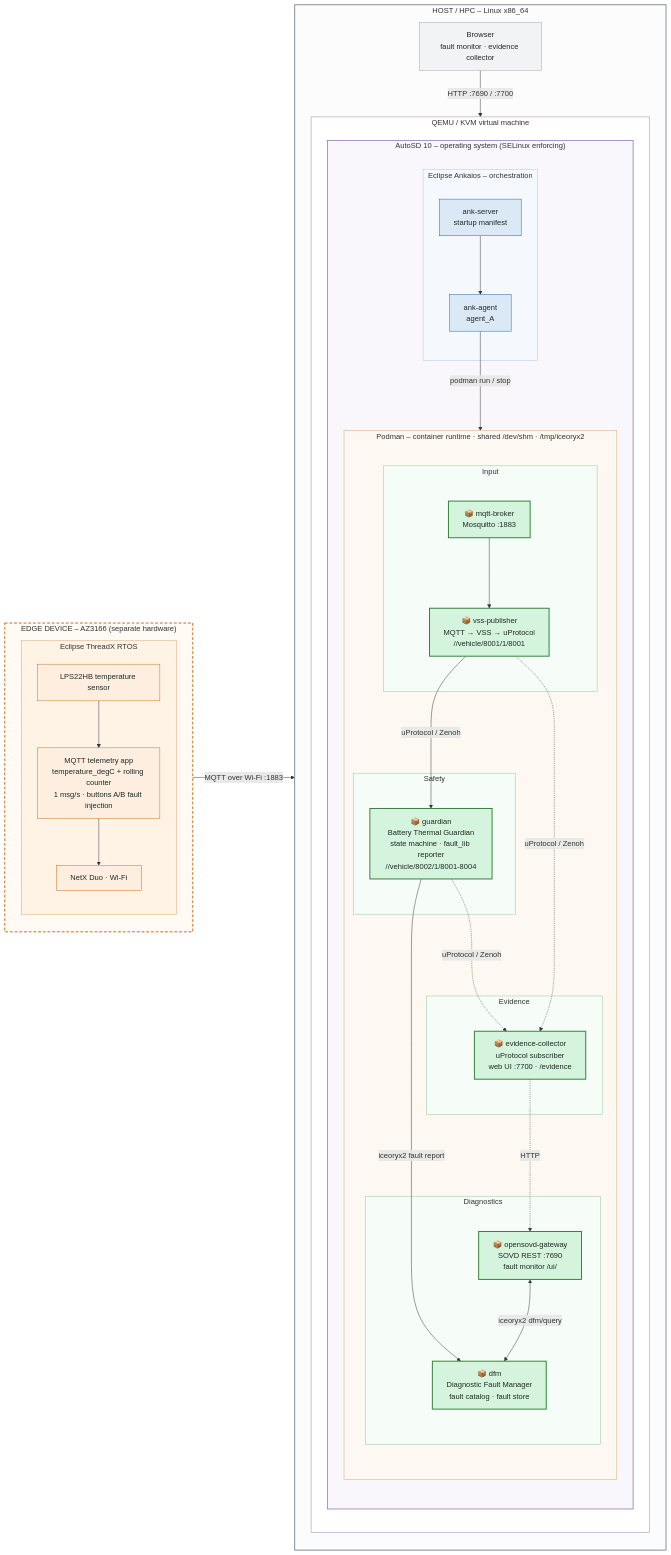
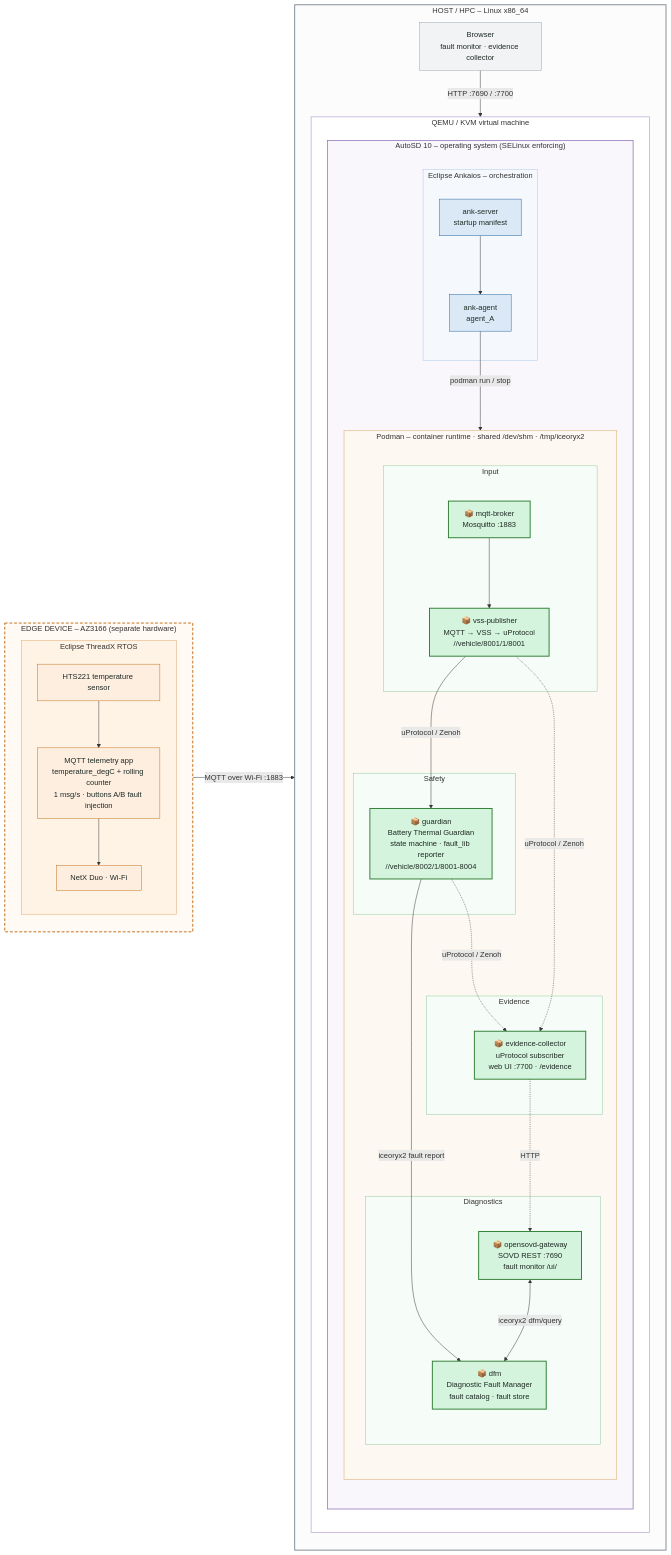
The diagram in Docs/Static_View.md (Eclipse-SDV-Hackathon-Chapter-Four/FEVengers_Hackathon_2026), drawn with Mermaid before and after one commit. The commit also changed 375 other files, not shown here.

````diff
--- a/Docs/Static_View.md
+++ b/Docs/Static_View.md
@@ -5,82 +5,82 @@
 ```mermaid
 flowchart LR
   subgraph EDGE["EDGE DEVICE – AZ3166 (separate hardware)"]
     direction TB
     subgraph RTOS["Eclipse ThreadX RTOS"]
       direction TB
-      SENS["LPS22HB temperature sensor"]
+      SENS["HTS221 temperature sensor"]
       FW["MQTT telemetry app<br/>temperature_degC + rolling counter<br/>1 msg/s · buttons A/B fault injection"]
       NET["NetX Duo · Wi-Fi"]
       SENS --> FW --> NET
     end
   end
 
   subgraph HPC["HOST / HPC – Linux x86_64"]
     direction TB
     BROWSER["Browser<br/>fault monitor · evidence collector"]
 
     subgraph QEMU["QEMU / KVM virtual machine"]
       direction TB
       subgraph AUTOSD["AutoSD 10 – operating system (SELinux enforcing)"]
         direction TB
 
         subgraph ANK["Eclipse Ankaios – orchestration"]
           direction LR
           ANKS["ank-server<br/>startup manifest"] --> ANKA["ank-agent<br/>agent_A"]
         end
 
         subgraph PODMAN["Podman – container runtime · shared /dev/shm · /tmp/iceoryx2"]
           direction TB
           subgraph INPUT["Input"]
             direction TB
             MQB["📦 mqtt-broker<br/>Mosquitto :1883"]
             VSS["📦 vss-publisher<br/>MQTT → VSS → uProtocol<br/>//vehicle/8001/1/8001"]
           end
           subgraph SAFETY["Safety"]
             GRD["📦 guardian<br/>Battery Thermal Guardian<br/>state machine · fault_lib reporter<br/>//vehicle/8002/1/8001-8004"]
           end
           subgraph DIAG["Diagnostics"]
             direction TB
             DFM["📦 dfm<br/>Diagnostic Fault Manager<br/>fault catalog · fault store"]
             SOVD["📦 opensovd-gateway<br/>SOVD REST :7690<br/>fault monitor /ui/"]
           end
           subgraph EVID["Evidence"]
             EVC["📦 evidence-collector<br/>uProtocol subscriber<br/>web UI :7700 · /evidence"]
           end
         end
 
         ANKA -->|"podman run / stop"| PODMAN
       end
     end
   end
 
   NET -->|"MQTT over Wi-Fi :1883"| MQB
   MQB --> VSS
   VSS -->|"uProtocol / Zenoh"| GRD
   GRD -->|"iceoryx2 fault report"| DFM
   SOVD <-->|"iceoryx2 dfm/query"| DFM
   GRD -.->|"uProtocol / Zenoh"| EVC
   VSS -.->|"uProtocol / Zenoh"| EVC
   EVC -.->|"HTTP"| SOVD
   BROWSER -->|"HTTP :7690 / :7700"| PODMAN
 
   classDef box fill:#d4f4dd,stroke:#2e7d32,stroke-width:2px,color:#1f2a24;
   classDef ank fill:#dbe9f7,stroke:#1f5f99,color:#1f2a24;
   classDef edge fill:#fdeee0,stroke:#c26a12,color:#1f2a24;
   classDef host fill:#f1f3f4,stroke:#9aa3ab,color:#1f2a24;
   class MQB,VSS,GRD,DFM,SOVD,EVC box;
   class ANKS,ANKA ank;
   class SENS,FW,NET edge;
   class BROWSER host;
   style EDGE fill:#fffaf4,stroke:#c26a12,stroke-width:2px,stroke-dasharray:6 4
   style RTOS fill:#fff3e6,stroke:#e0a060
   style HPC fill:#fcfcfc,stroke:#7f8a94,stroke-width:2px
   style QEMU fill:#ffffff,stroke:#b9a6d3,stroke-width:1.5px
   style AUTOSD fill:#f9f6fc,stroke:#8a6bb5,stroke-width:1.5px
   style ANK fill:#f5f9fd,stroke:#a9c6e3
   style PODMAN fill:#fdf8f1,stroke:#e2bf93,stroke-width:1.5px
   style INPUT fill:#f6fcf7,stroke:#8cc79a
   style SAFETY fill:#f6fcf7,stroke:#8cc79a
   style DIAG fill:#f6fcf7,stroke:#8cc79a
   style EVID fill:#f6fcf7,stroke:#8cc79a
 ```
````
